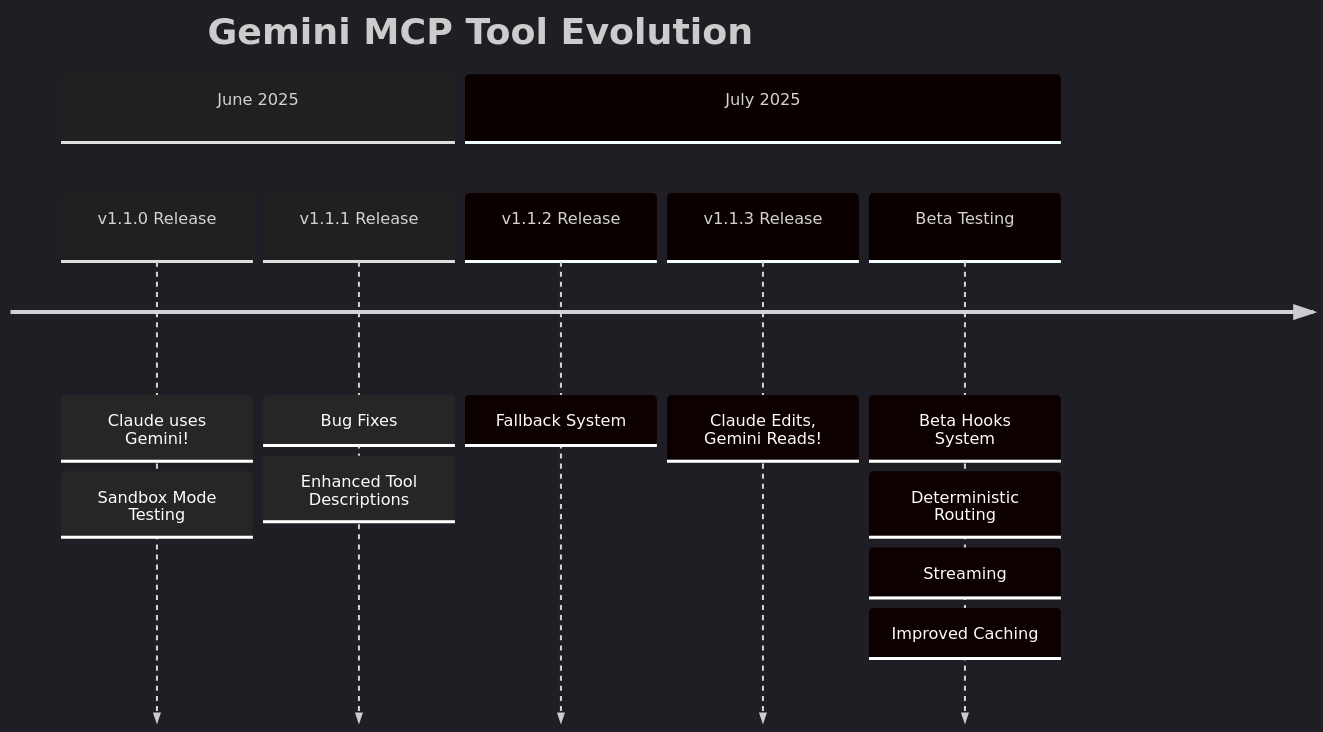
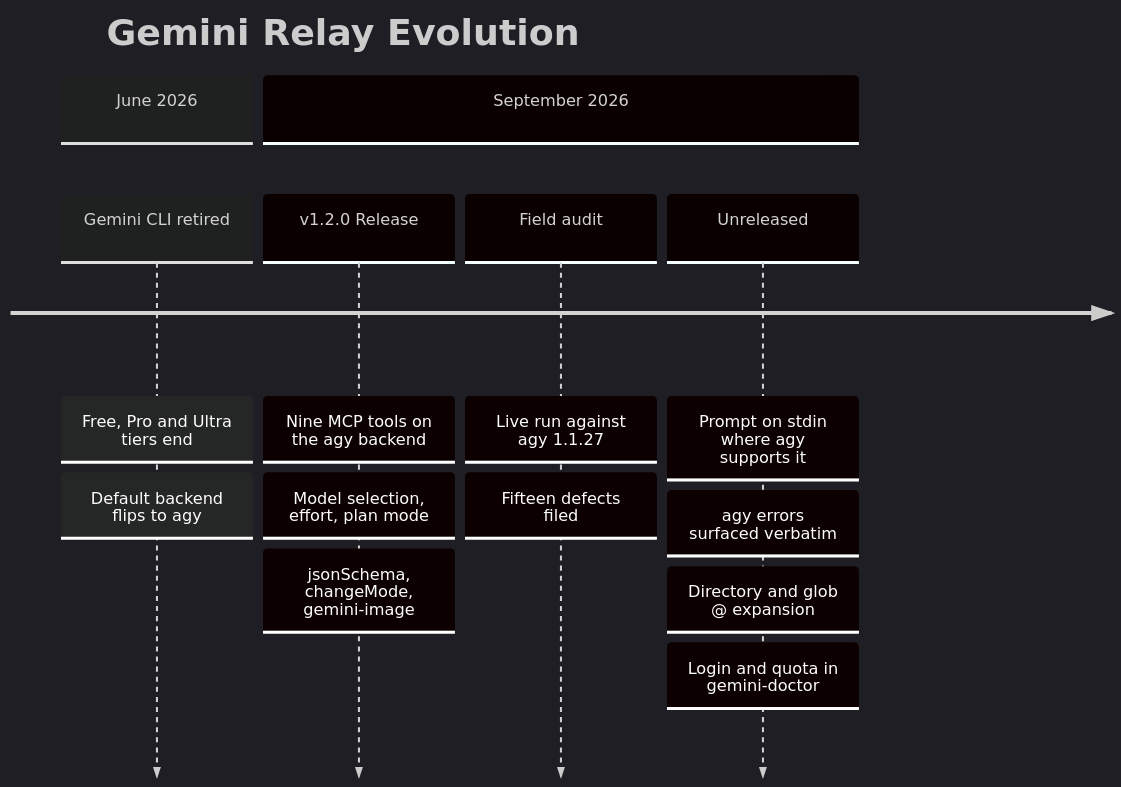
Before and after one commit to V-Songbird/gemini-relay: the second of 2 diagrams in docs/resources/roadmap.md, drawn with Mermaid. The commit also changed other lines of this file and 57 other files, not shown here.

First line of the commit message:
Apply the agy 1.1.27 field audit, and rewrite the docs for a reader (#12)

````diff
--- a/docs/resources/roadmap.md
+++ b/docs/resources/roadmap.md
@@ -41,27 +51,27 @@
 ```mermaid
 ---
 config:
   timeline:
     htmlLabels: false
   theme: dark
 ---
 timeline
-    title Gemini MCP Tool Evolution
-    
-    section June 2025
-        v1.1.0 Release : Claude uses Gemini!
-                       : Sandbox Mode Testing
-        
-        v1.1.1 Release : Bug Fixes
-                       : Enhanced Tool Descriptions
-                       
-    section July 2025
-        v1.1.2 Release : Fallback System
-                       
-        v1.1.3 Release : Claude Edits, Gemini Reads!
-                       
-        Beta Testing   : Beta Hooks System
-                       : Deterministic Routing
-                       : Streaming
-                       : Improved Caching
+    title Gemini Relay Evolution
+
+    section June 2026
+        Gemini CLI retired : Free, Pro and Ultra tiers end
+                           : Default backend flips to agy
+
+    section September 2026
+        v1.2.0 Release : Nine MCP tools on the agy backend
+                       : Model selection, effort, plan mode
+                       : jsonSchema, changeMode, gemini-image
+
+        Field audit    : Live run against agy 1.1.27
+                       : Fifteen defects filed
+
+        Unreleased     : Prompt on stdin where agy supports it
+                       : agy errors surfaced verbatim
+                       : Directory and glob @ expansion
+                       : Login and quota in gemini-doctor
 ```
````
